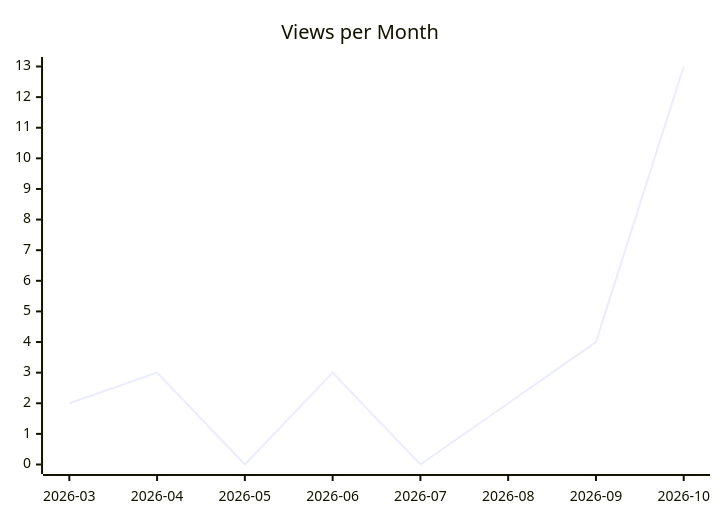
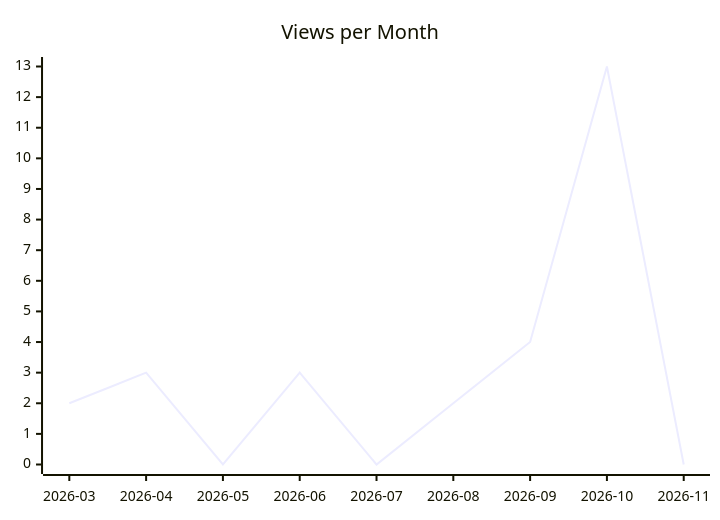
Before and after one commit to justdavis-family/github-analytics-data: the second of 3 diagrams in karlmdavis/ansible-role-bind-dns/README.md, drawn with Mermaid. The commit also changed other lines of this file and 201 other files, not shown here.

````diff
--- a/karlmdavis/ansible-role-bind-dns/README.md
+++ b/karlmdavis/ansible-role-bind-dns/README.md
@@ -12,6 +12,6 @@
 ```mermaid
 xychart-beta
   title "Views per Month"
-  x-axis ["2026-03", "2026-04", "2026-05", "2026-06", "2026-07", "2026-08", "2026-09", "2026-10"]
-  line [2, 3, 0, 3, 0, 2, 4, 13]
+  x-axis ["2026-03", "2026-04", "2026-05", "2026-06", "2026-07", "2026-08", "2026-09", "2026-10", "2026-11"]
+  line [2, 3, 0, 3, 0, 2, 4, 13, 0]
 ```
````
